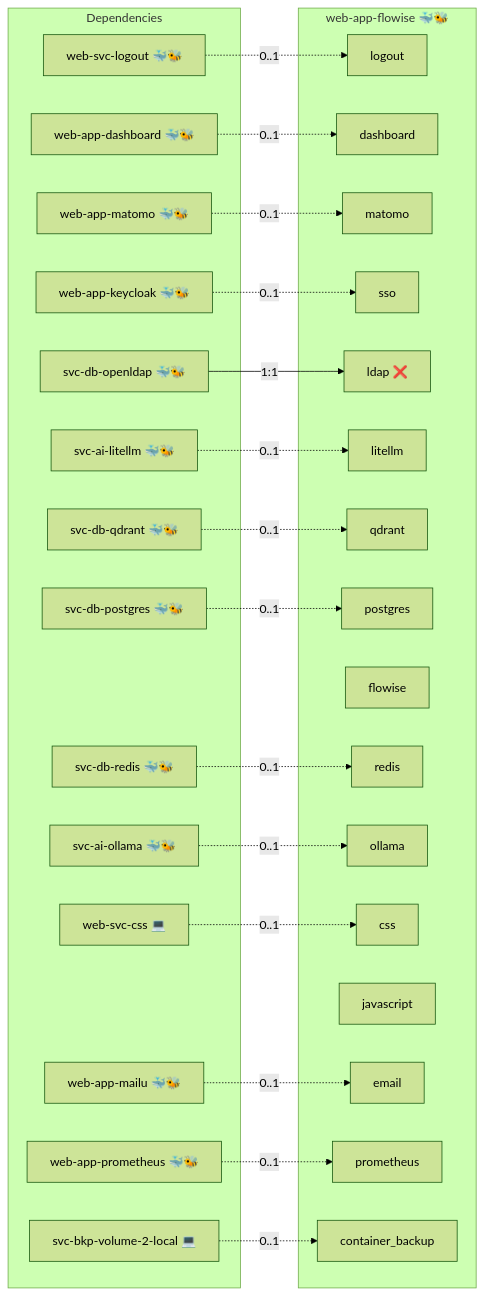
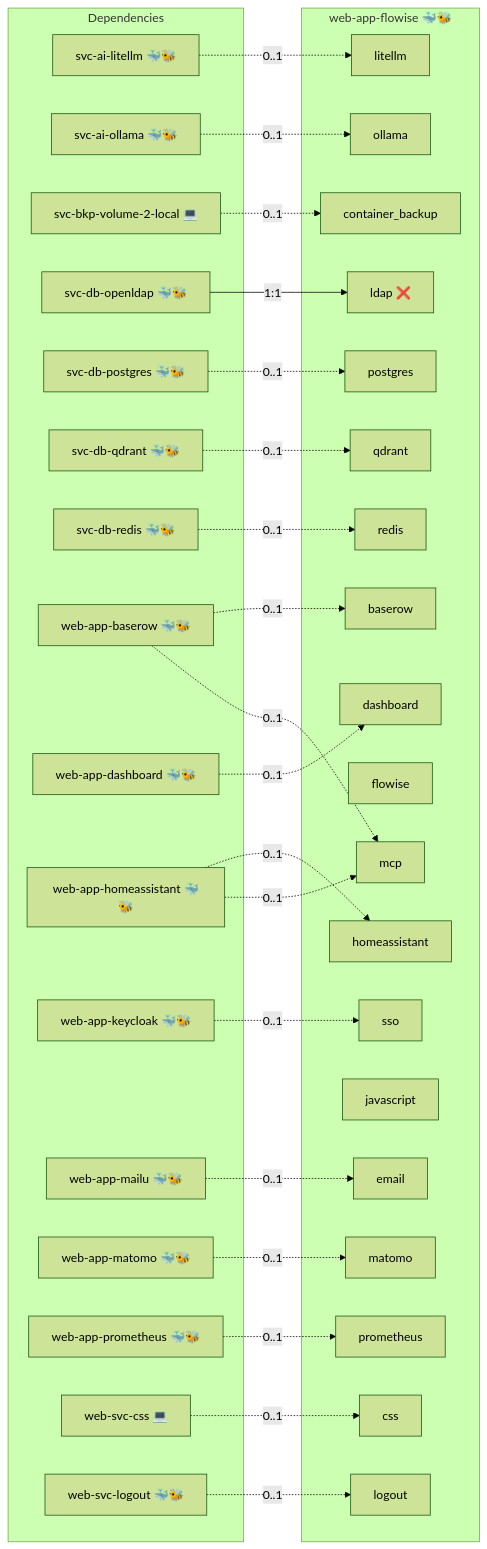
The diagram in roles/web-app-flowise/README.md (infinito-nexus/core), drawn with Mermaid (forest theme) before and after one commit. The commit also changed other lines of this file and 17 other files, not shown here.

First line of the commit message:
feat(openwebui,flowise): wire the web UIs to the discovered MCP servers

````diff
--- a/roles/web-app-flowise/README.md
+++ b/roles/web-app-flowise/README.md
@@ -15,51 +15,60 @@
 ```mermaid
 flowchart LR
     subgraph deps [Dependencies]
         dep_svc_ai_litellm["svc-ai-litellm 🐳🐝"]
         dep_svc_ai_ollama["svc-ai-ollama 🐳🐝"]
         dep_svc_bkp_volume_2_local["svc-bkp-volume-2-local 💻"]
         dep_svc_db_openldap["svc-db-openldap 🐳🐝"]
         dep_svc_db_postgres["svc-db-postgres 🐳🐝"]
         dep_svc_db_qdrant["svc-db-qdrant 🐳🐝"]
         dep_svc_db_redis["svc-db-redis 🐳🐝"]
+        dep_web_app_baserow["web-app-baserow 🐳🐝"]
         dep_web_app_dashboard["web-app-dashboard 🐳🐝"]
+        dep_web_app_homeassistant["web-app-homeassistant 🐳🐝"]
         dep_web_app_keycloak["web-app-keycloak 🐳🐝"]
         dep_web_app_mailu["web-app-mailu 🐳🐝"]
         dep_web_app_matomo["web-app-matomo 🐳🐝"]
         dep_web_app_prometheus["web-app-prometheus 🐳🐝"]
         dep_web_svc_css["web-svc-css 💻"]
         dep_web_svc_logout["web-svc-logout 🐳🐝"]
     end
     subgraph role [web-app-flowise 🐳🐝]
         svc_logout["logout"]
         svc_dashboard["dashboard"]
         svc_matomo["matomo"]
         svc_sso["sso"]
         svc_ldap["ldap ❌"]
         svc_litellm["litellm"]
+        svc_mcp["mcp"]
         svc_qdrant["qdrant"]
         svc_postgres["postgres"]
         svc_flowise["flowise"]
         svc_redis["redis"]
         svc_ollama["ollama"]
         svc_css["css"]
         svc_javascript["javascript"]
         svc_email["email"]
         svc_prometheus["prometheus"]
         svc_container_backup["container_backup"]
+        svc_homeassistant["homeassistant"]
+        svc_baserow["baserow"]
     end
     dep_svc_ai_litellm -. "0..1" .-> svc_litellm
     dep_svc_ai_ollama -. "0..1" .-> svc_ollama
     dep_svc_bkp_volume_2_local -. "0..1" .-> svc_container_backup
     dep_svc_db_openldap -- "1:1" --> svc_ldap
     dep_svc_db_postgres -. "0..1" .-> svc_postgres
     dep_svc_db_qdrant -. "0..1" .-> svc_qdrant
     dep_svc_db_redis -. "0..1" .-> svc_redis
+    dep_web_app_baserow -. "0..1" .-> svc_baserow
+    dep_web_app_baserow -. "0..1" .-> svc_mcp
     dep_web_app_dashboard -. "0..1" .-> svc_dashboard
+    dep_web_app_homeassistant -. "0..1" .-> svc_homeassistant
+    dep_web_app_homeassistant -. "0..1" .-> svc_mcp
     dep_web_app_keycloak -. "0..1" .-> svc_sso
     dep_web_app_mailu -. "0..1" .-> svc_email
     dep_web_app_matomo -. "0..1" .-> svc_matomo
     dep_web_app_prometheus -. "0..1" .-> svc_prometheus
     dep_web_svc_css -. "0..1" .-> svc_css
     dep_web_svc_logout -. "0..1" .-> svc_logout
 ```
````
